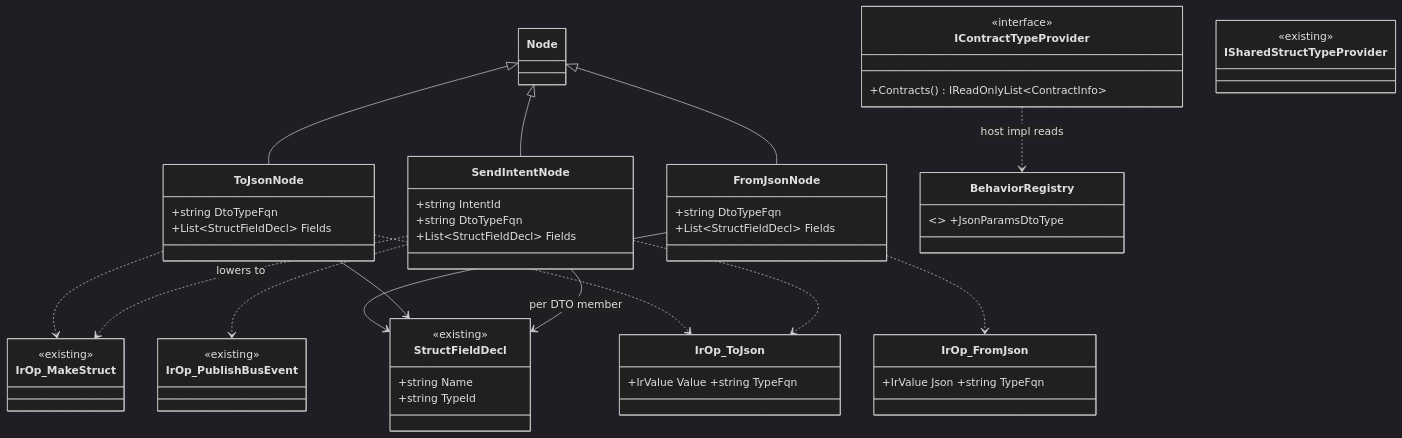
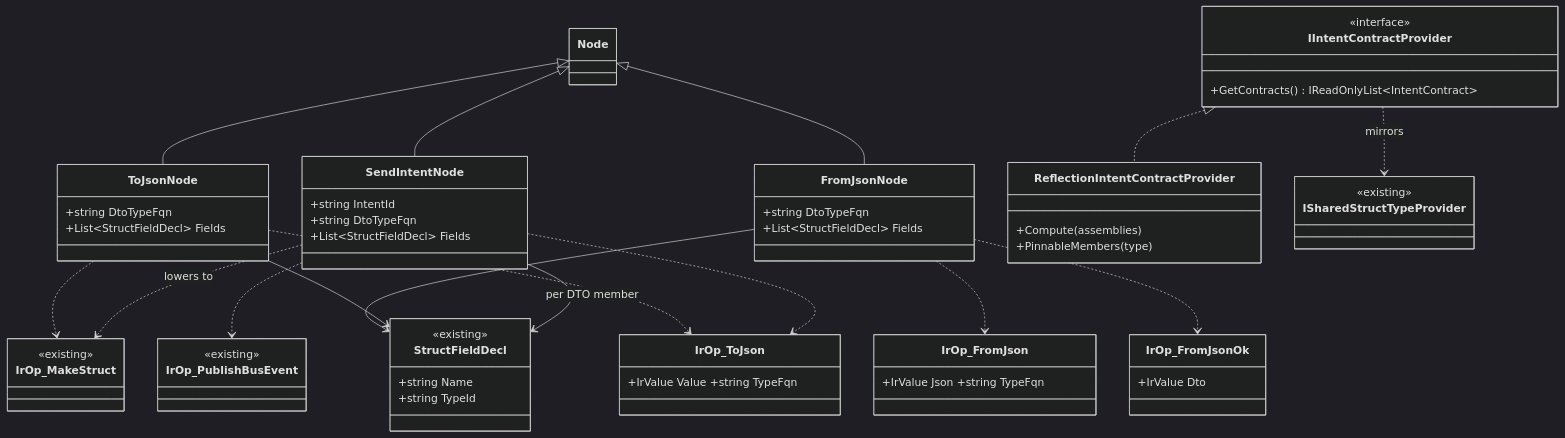
The first of 3 diagrams in docs/blueprints/DESIGN_Typed_Intent_And_Json_Nodes.md (pjanec/HROT), drawn with Mermaid (dark theme) before and after one commit. The commit also changed other lines of this file and 21 other files, not shown here.

First line of the commit message:
CE-472: typed Send Intent and To/From JSON blueprint nodes

````diff
--- a/docs/blueprints/DESIGN_Typed_Intent_And_Json_Nodes.md
+++ b/docs/blueprints/DESIGN_Typed_Intent_And_Json_Nodes.md
@@ -50,47 +50,53 @@
 ```mermaid
 classDiagram
   class Node
   class SendIntentNode {
     +string IntentId
     +string DtoTypeFqn
     +List~StructFieldDecl~ Fields
   }
   class ToJsonNode {
     +string DtoTypeFqn
     +List~StructFieldDecl~ Fields
   }
   class FromJsonNode {
     +string DtoTypeFqn
     +List~StructFieldDecl~ Fields
   }
   class StructFieldDecl {
     <<existing>>
     +string Name
     +string TypeId
   }
   Node <|-- SendIntentNode
   Node <|-- ToJsonNode
   Node <|-- FromJsonNode
   SendIntentNode --> StructFieldDecl : per DTO member
   ToJsonNode --> StructFieldDecl
   FromJsonNode --> StructFieldDecl
 
   class IrOp_MakeStruct { <<existing>> }
   class IrOp_PublishBusEvent { <<existing>> }
   class IrOp_ToJson { +IrValue Value +string TypeFqn }
   class IrOp_FromJson { +IrValue Json +string TypeFqn }
   SendIntentNode ..> IrOp_MakeStruct : lowers to
   SendIntentNode ..> IrOp_ToJson
   SendIntentNode ..> IrOp_PublishBusEvent
   ToJsonNode ..> IrOp_MakeStruct
   ToJsonNode ..> IrOp_ToJson
   FromJsonNode ..> IrOp_FromJson
 
-  class IContractTypeProvider {
+  class IIntentContractProvider {
     <<interface>>
-    +Contracts() IReadOnlyList~ContractInfo~
+    +GetContracts() IReadOnlyList~IntentContract~
+  }
+  class ReflectionIntentContractProvider {
+    +Compute(assemblies)
+    +PinnableMembers(type)
   }
   class ISharedStructTypeProvider { <<existing>> }
-  class BehaviorRegistry { <<existing>> +JsonParamsDtoType }
-  IContractTypeProvider ..> BehaviorRegistry : host impl reads
+  IIntentContractProvider <|.. ReflectionIntentContractProvider
+  IIntentContractProvider ..> ISharedStructTypeProvider : mirrors
+  class IrOp_FromJsonOk { +IrValue Dto }
+  FromJsonNode ..> IrOp_FromJsonOk
 ```
````
